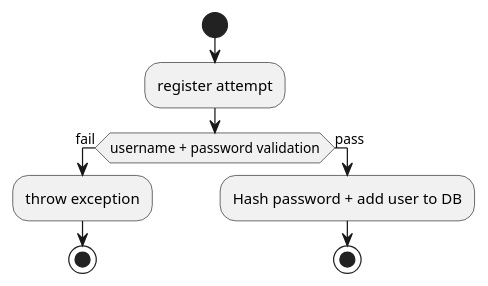
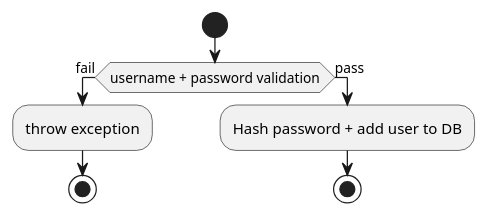
Before and after one commit to MoermansJ/eindwerk_backEnd: the first of 5 diagrams in docs/flowchart.md, drawn with PlantUML. The commit also changed other lines of this file and 1 other file, not shown here.

````diff
--- a/docs/flowchart.md
+++ b/docs/flowchart.md
@@ -26,15 +25,14 @@
 ```plantuml
 @startuml
 start
 
-:register attempt;
 if (username + password validation) then (fail)
 :throw exception;
 stop
 else(pass)
 
 :Hash password + add user to DB;
 
 stop
 @enduml
 ```
````
